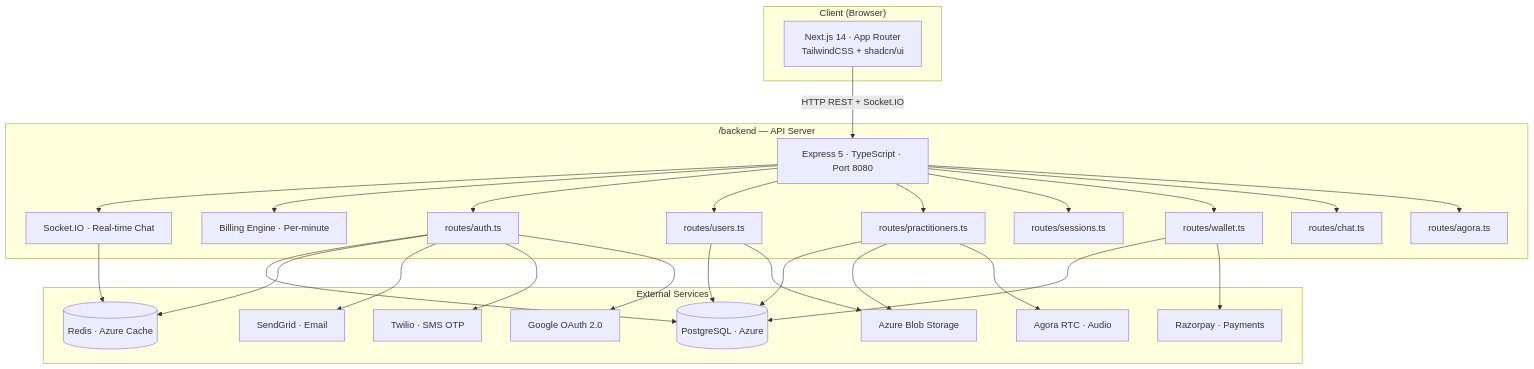
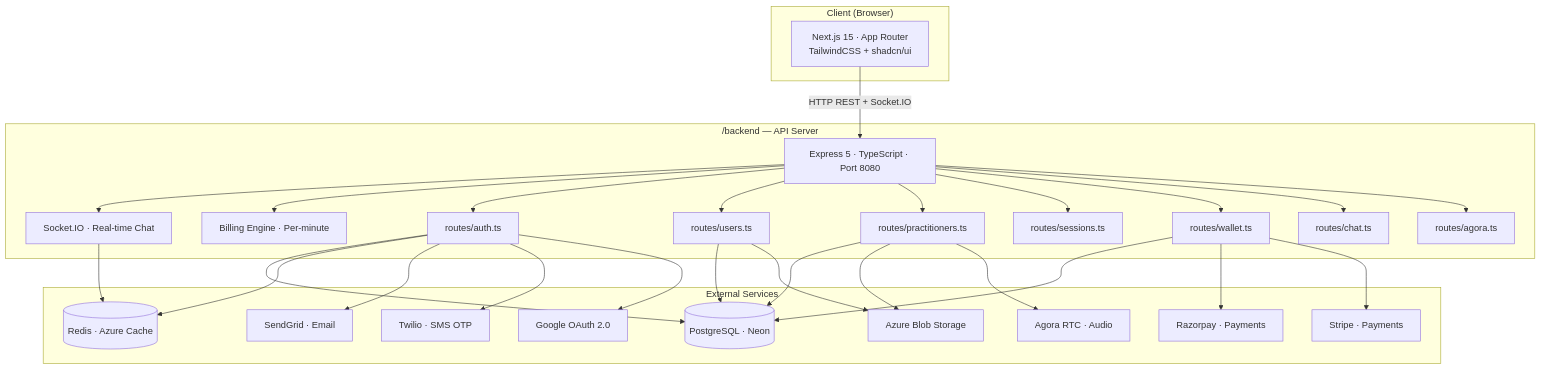
Before and after one commit to DeepakdevilB/Heal_Connect: the first of 2 diagrams in README.md, drawn with Mermaid. The commit also changed other lines of this file and 3 other files, not shown here.

````diff
--- a/README.md
+++ b/README.md
@@ -117,41 +121,42 @@
 ```mermaid
 graph TB
     subgraph Client["Client (Browser)"]
-        WEB["Next.js 14 · App Router\nTailwindCSS + shadcn/ui"]
+        WEB["Next.js 15 · App Router\nTailwindCSS + shadcn/ui"]
     end
 
     subgraph Backend["/backend — API Server"]
         EXPRESS["Express 5 · TypeScript · Port 8080"]
         SOCKET["Socket.IO · Real-time Chat"]
         BILLING["Billing Engine · Per-minute"]
         AUTH["routes/auth.ts"]
         USERS["routes/users.ts"]
         PRACTITIONERS["routes/practitioners.ts"]
         SESSIONS["routes/sessions.ts"]
         WALLET["routes/wallet.ts"]
         CHAT["routes/chat.ts"]
         AGORA["routes/agora.ts"]
     end
 
     subgraph Services["External Services"]
-        PG[("PostgreSQL · Azure")]
+        PG[("PostgreSQL · Neon")]
         REDIS[("Redis · Azure Cache")]
         AZURE["Azure Blob Storage"]
         SENDGRID["SendGrid · Email"]
         TWILIO["Twilio · SMS OTP"]
         GOOGLE["Google OAuth 2.0"]
         AGORASVC["Agora RTC · Audio"]
         RAZORPAY["Razorpay · Payments"]
+        STRIPE["Stripe · Payments"]
     end
 
     WEB -->|"HTTP REST + Socket.IO"| EXPRESS
     EXPRESS --> SOCKET
     EXPRESS --> BILLING
     EXPRESS --> AUTH & USERS & PRACTITIONERS
     EXPRESS --> SESSIONS & WALLET & CHAT & AGORA
     AUTH --> PG & REDIS & SENDGRID & TWILIO & GOOGLE
     USERS --> PG & AZURE
     PRACTITIONERS --> PG & AZURE & AGORASVC
-    WALLET --> PG & RAZORPAY
+    WALLET --> PG & RAZORPAY & STRIPE
     SOCKET --> REDIS
 ```
````
